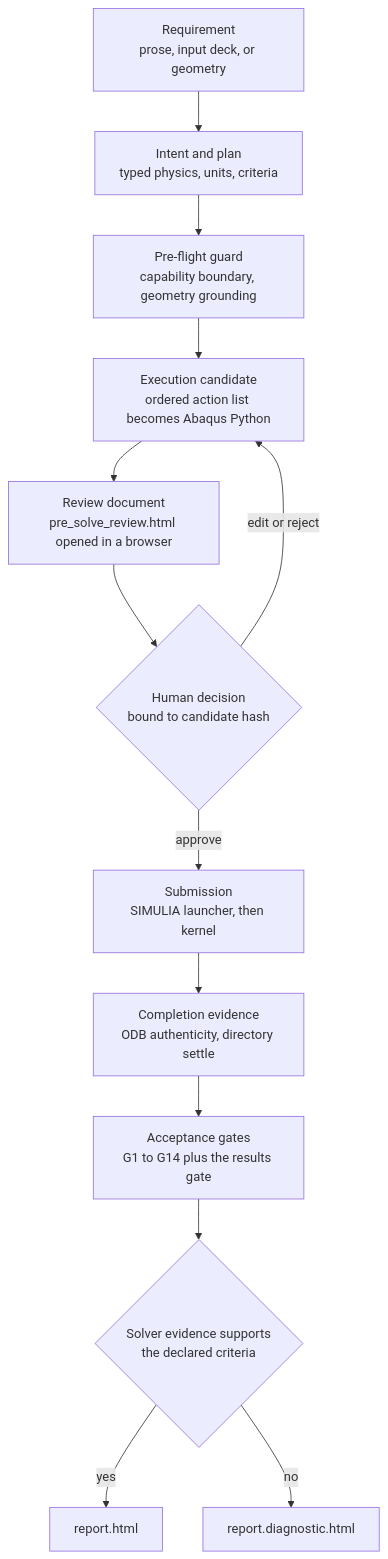
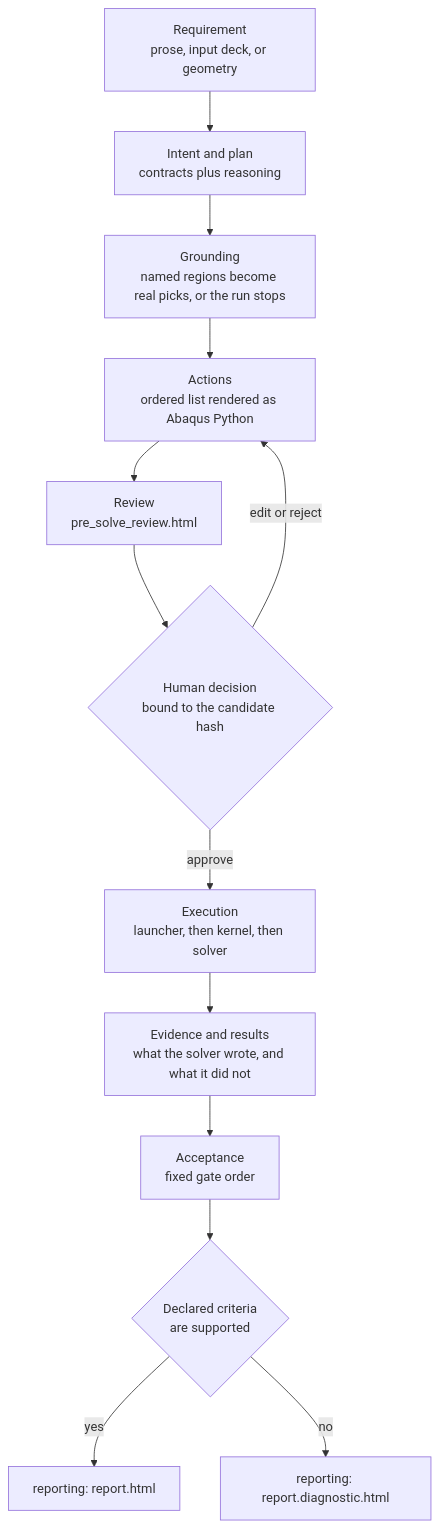
The first of 2 diagrams in README.md (chenlei-gh/Abaqus-AI-Agent), drawn with Mermaid before and after one commit. The commit also changed other lines of this file and 7 other files, not shown here.

````diff
--- a/README.md
+++ b/README.md
@@ -25,15 +27,15 @@
 ```mermaid
 flowchart TD
-    R["Requirement<br/>prose, input deck, or geometry"] --> I["Intent and plan<br/>typed physics, units, criteria"]
-    I --> G["Pre-flight guard<br/>capability boundary, geometry grounding"]
-    G --> C["Execution candidate<br/>ordered action list becomes Abaqus Python"]
-    C --> V["Review document<br/>pre_solve_review.html opened in a browser"]
-    V --> A{"Human decision<br/>bound to candidate hash"}
+    R["Requirement<br/>prose, input deck, or geometry"] --> I["Intent and plan<br/>contracts plus reasoning"]
+    I --> G["Grounding<br/>named regions become real picks, or the run stops"]
+    G --> C["Actions<br/>ordered list rendered as Abaqus Python"]
+    C --> V["Review<br/>pre_solve_review.html"]
+    V --> A{"Human decision<br/>bound to the candidate hash"}
     A -- "edit or reject" --> C
-    A -- "approve" --> S["Submission<br/>SIMULIA launcher, then kernel"]
-    S --> O["Completion evidence<br/>ODB authenticity, directory settle"]
-    O --> K["Acceptance gates<br/>G1 to G14 plus the results gate"]
-    K --> P{"Solver evidence supports<br/>the declared criteria"}
-    P -- "yes" --> F["report.html"]
-    P -- "no" --> D["report.diagnostic.html"]
+    A -- "approve" --> S["Execution<br/>launcher, then kernel, then solver"]
+    S --> O["Evidence and results<br/>what the solver wrote, and what it did not"]
+    O --> K["Acceptance<br/>fixed gate order"]
+    K --> P{"Declared criteria<br/>are supported"}
+    P -- "yes" --> F["reporting: report.html"]
+    P -- "no" --> D["reporting: report.diagnostic.html"]
 ```
````
